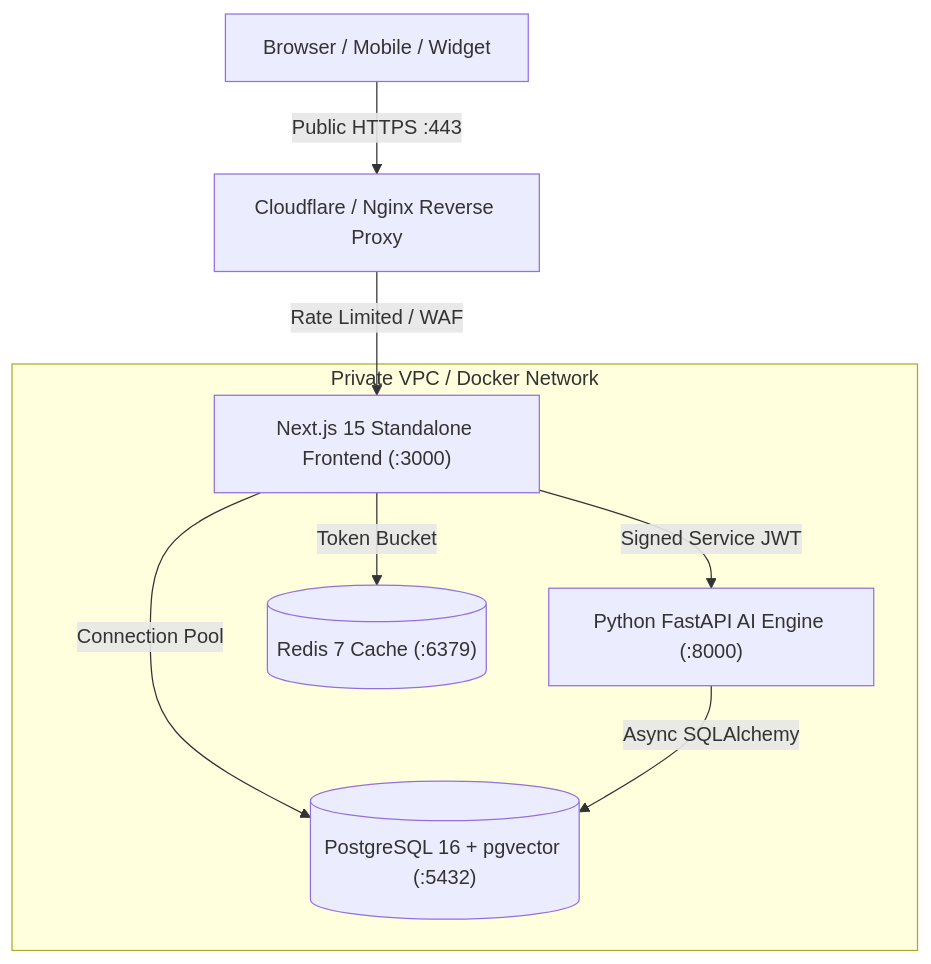
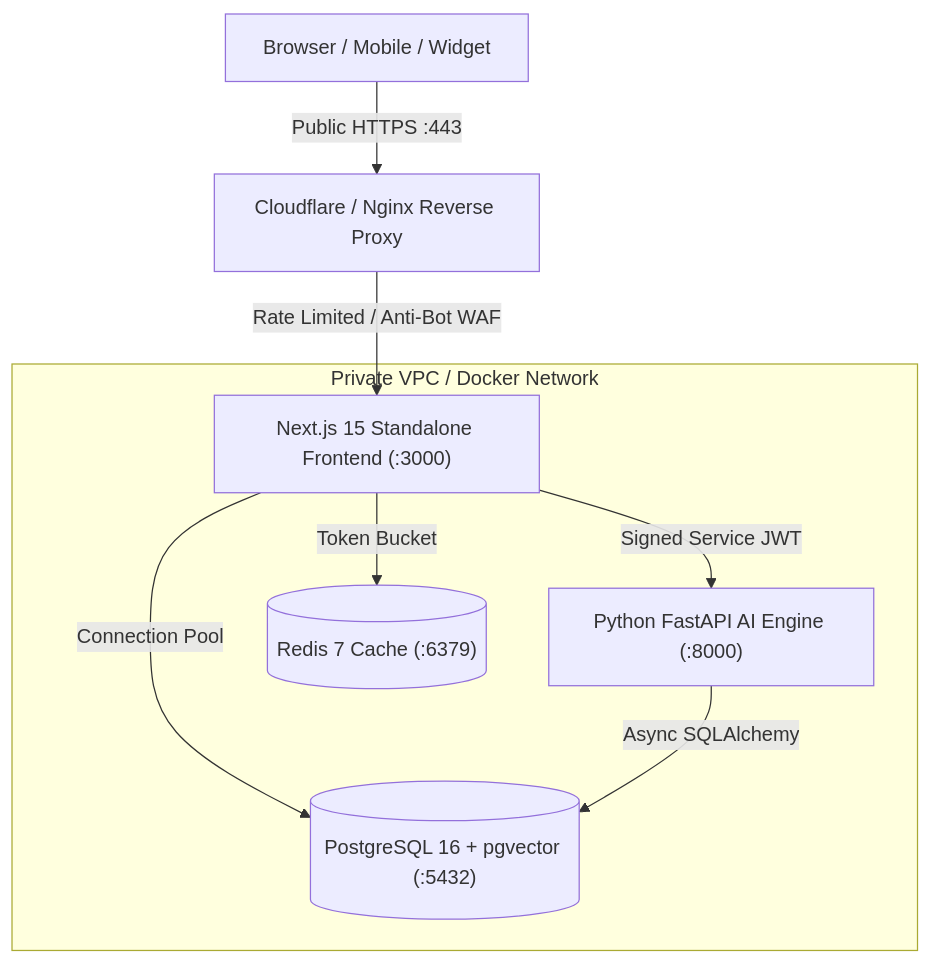
One commit to Ajimsha1080/AI-Native-Ecommerce changed the diagram in docs/LAUNCH_CHECKLIST.md. Above: the diagram before and after it, drawn with Mermaid. The commit also changed other lines of this file and 41 other files, not shown here.

````diff
--- a/docs/LAUNCH_CHECKLIST.md
+++ b/docs/LAUNCH_CHECKLIST.md
@@ -50,12 +63,12 @@
 ```mermaid
 flowchart TD
     Client["Browser / Mobile / Widget"] -->|Public HTTPS :443| Ingress["Cloudflare / Nginx Reverse Proxy"]
-    Ingress -->|Rate Limited / WAF| NextJS["Next.js 15 Standalone Frontend (:3000)"]
+    Ingress -->|Rate Limited / Anti-Bot WAF| NextJS["Next.js 15 Standalone Frontend (:3000)"]
     
     subgraph Internal Isolated Network [Private VPC / Docker Network]
         NextJS -->|Signed Service JWT| PythonBackend["Python FastAPI AI Engine (:8000)"]
         NextJS -->|Connection Pool| PostgresDB[("PostgreSQL 16 + pgvector (:5432)")]
         PythonBackend -->|Async SQLAlchemy| PostgresDB
         NextJS -->|Token Bucket| RedisCache[("Redis 7 Cache (:6379)")]
     end
 ```
````
